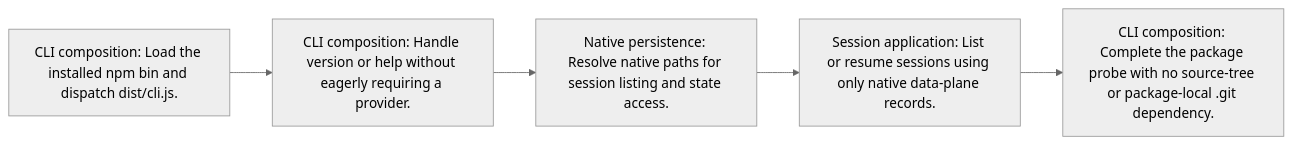
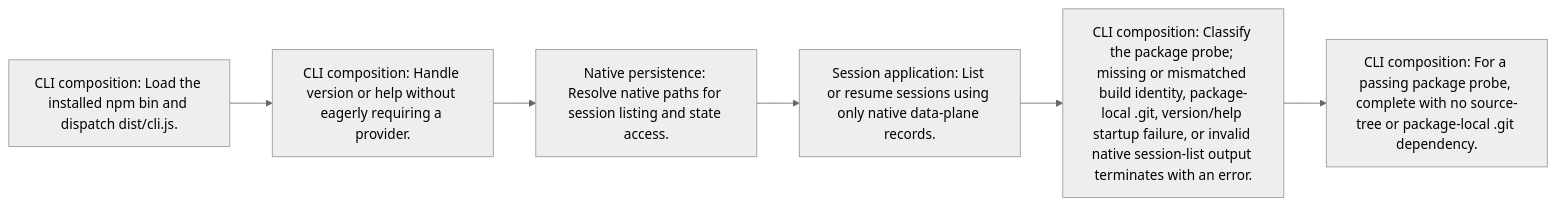
Before and after one commit to Forest-Isle/Praxis: the diagram in docs/architecture/flows/installed-package-startup.md, drawn with Mermaid (neutral theme). The commit also changed 1 other file, not shown here.

Commit message:
docs: cover installed package startup failures

````diff
--- a/docs/architecture/flows/installed-package-startup.md
+++ b/docs/architecture/flows/installed-package-startup.md
@@ -5,12 +5,14 @@
 ```mermaid
 flowchart LR
     n_696e7374616c6c65642d7061636b6167652d73746172747570_s0["CLI composition: Load the installed npm bin and dispatch dist/cli.js."]
     n_696e7374616c6c65642d7061636b6167652d73746172747570_s1["CLI composition: Handle version or help without eagerly requiring a provider."]
     n_696e7374616c6c65642d7061636b6167652d73746172747570_s0 --> n_696e7374616c6c65642d7061636b6167652d73746172747570_s1
     n_696e7374616c6c65642d7061636b6167652d73746172747570_s2["Native persistence: Resolve native paths for session listing and state access."]
     n_696e7374616c6c65642d7061636b6167652d73746172747570_s1 --> n_696e7374616c6c65642d7061636b6167652d73746172747570_s2
     n_696e7374616c6c65642d7061636b6167652d73746172747570_s3["Session application: List or resume sessions using only native data-plane records."]
     n_696e7374616c6c65642d7061636b6167652d73746172747570_s2 --> n_696e7374616c6c65642d7061636b6167652d73746172747570_s3
-    n_696e7374616c6c65642d7061636b6167652d73746172747570_s4["CLI composition: Complete the package probe with no source-tree or package-local .git dependency."]
+    n_696e7374616c6c65642d7061636b6167652d73746172747570_s4["CLI composition: Classify the package probe; missing or mismatched build identity, package-local .git, version/help startup failure, or invalid native session-list output terminates with an error."]
     n_696e7374616c6c65642d7061636b6167652d73746172747570_s3 --> n_696e7374616c6c65642d7061636b6167652d73746172747570_s4
+    n_696e7374616c6c65642d7061636b6167652d73746172747570_s5["CLI composition: For a passing package probe, complete with no source-tree or package-local .git dependency."]
+    n_696e7374616c6c65642d7061636b6167652d73746172747570_s4 --> n_696e7374616c6c65642d7061636b6167652d73746172747570_s5
 ```
````
